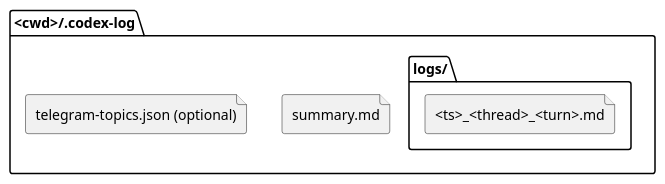
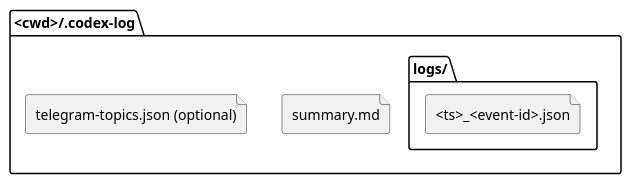
The second of 5 diagrams in spec-dock/initiatives/init-local-00001-codex-notify-json-logger/adrs/adr-00001-notify-logger-output-and-telegram.md (chemitaro/codex-agent-logger), drawn with PlantUML before and after one commit. The commit also changed other lines of this file and 23 other files, not shown here.

````diff
--- a/spec-dock/initiatives/init-local-00001-codex-notify-json-logger/adrs/adr-00001-notify-logger-output-and-telegram.md
+++ b/spec-dock/initiatives/init-local-00001-codex-notify-json-logger/adrs/adr-00001-notify-logger-output-and-telegram.md
@@ -113,13 +119,13 @@
 ```plantuml
 @startuml
 skinparam monochrome true
 
 folder "<cwd>/.codex-log" {
   folder "logs/" {
-    file "<ts>_<thread>_<turn>.md"
+    file "<ts>_<event-id>.json"
   }
   file "summary.md"
   file "telegram-topics.json (optional)"
 }
 @enduml
 ```
````
